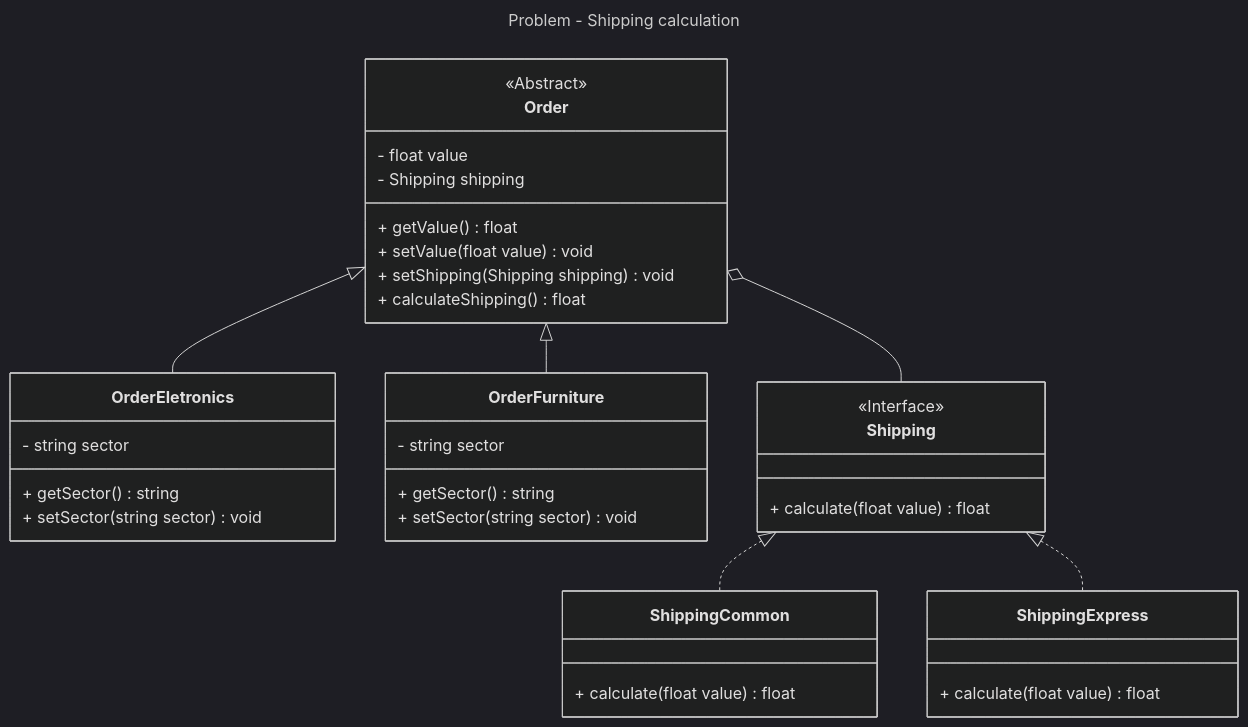
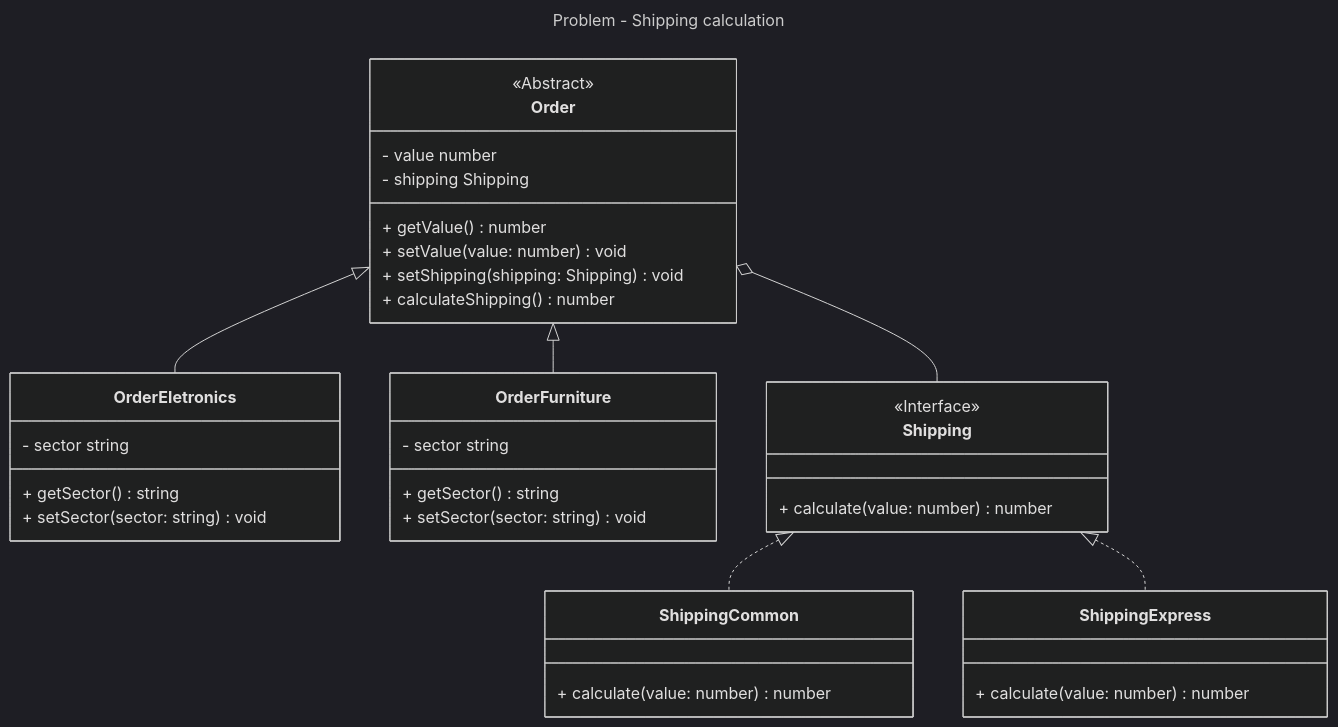
Before and after one commit to mariannactx/design-patterns-ts: the second of 2 diagrams in docs/patterns/behavioral/strategy.md, drawn with Mermaid (dark theme). The commit also changed other lines of this file and 1 other file, not shown here.

Commit message:
fix diagram for typescript syntax

````diff
--- a/docs/patterns/behavioral/strategy.md
+++ b/docs/patterns/behavioral/strategy.md
@@ -57,42 +57,42 @@
 ```mermaid
 ---
 title: Problem - Shipping calculation
 ---
 classDiagram
 direction TB
     class Order {
-	    - float value
-	    - Shipping shipping
-	    + getValue() float
-	    + setValue(float value) void
-	    + setShipping(Shipping shipping) void
-	    + calculateShipping() float
+	    - value number
+	    - shipping Shipping
+	    + getValue() number
+	    + setValue(value: number) void
+	    + setShipping(shipping: Shipping) void
+	    + calculateShipping() number
     }
     class OrderEletronics {
-	    - string sector
+	    - sector string
 	    + getSector() string
-	    + setSector(string sector) void
+	    + setSector(sector: string) void
     }
     class OrderFurniture {
-	    - string sector
+	    - sector string
 	    + getSector() string
-	    + setSector(string sector) void
+	    + setSector(sector: string) void
     }
     class Shipping {
-	    + calculate(float value) float
+	    + calculate(value: number) number
     }
     class ShippingCommon {
-	    + calculate(float value) float
+	    + calculate(value: number) number
     }
     class ShippingExpress {
-	    + calculate(float value) float
+	    + calculate(value: number) number
     }
 	<<Abstract>> Order
 	<<Interface>> Shipping
     Order <|-- OrderEletronics
     Order <|-- OrderFurniture
     Shipping <|.. ShippingCommon
     Shipping <|.. ShippingExpress
     Order o-- Shipping
 
 ```
````
